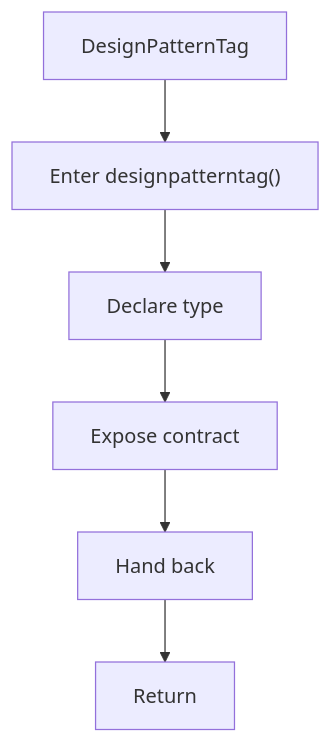
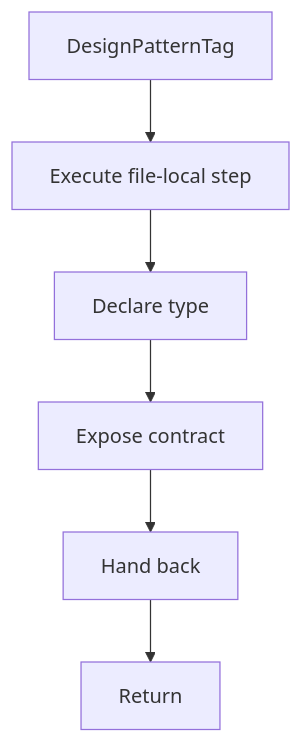
The sixth of 8 diagrams in docs/Codebase/Microservice/Modules/Header/SyntacticBrokenAST/OutputGeneration/Contracts/algorithm_pipeline.hpp.md (JohnAndrewBalbarosa/NeoTerritory), drawn with Mermaid before and after one commit. The commit also changed other lines of this file and 925 other files, not shown here.

````diff
--- a/docs/Codebase/Microservice/Modules/Header/SyntacticBrokenAST/OutputGeneration/Contracts/algorithm_pipeline.hpp.md
+++ b/docs/Codebase/Microservice/Modules/Header/SyntacticBrokenAST/OutputGeneration/Contracts/algorithm_pipeline.hpp.md
@@ -172,14 +171,14 @@
 ```mermaid
 flowchart TD
     Start["DesignPatternTag"]
-    N0["Enter designpatterntag()"]
+    N0["Execute file-local step"]
     N1["Declare type"]
     N2["Expose contract"]
     N3["Hand back"]
     End["Return"]
     Start --> N0
     N0 --> N1
     N1 --> N2
     N2 --> N3
     N3 --> End
 ```
````
